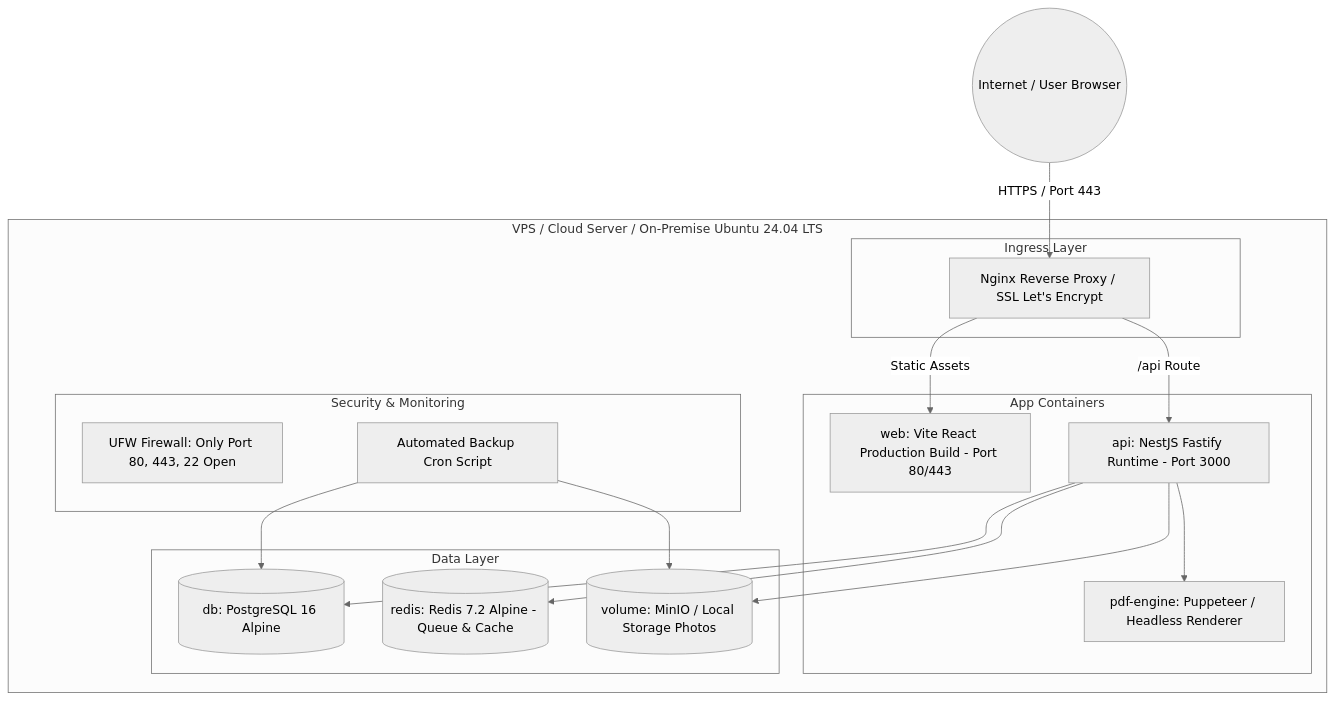
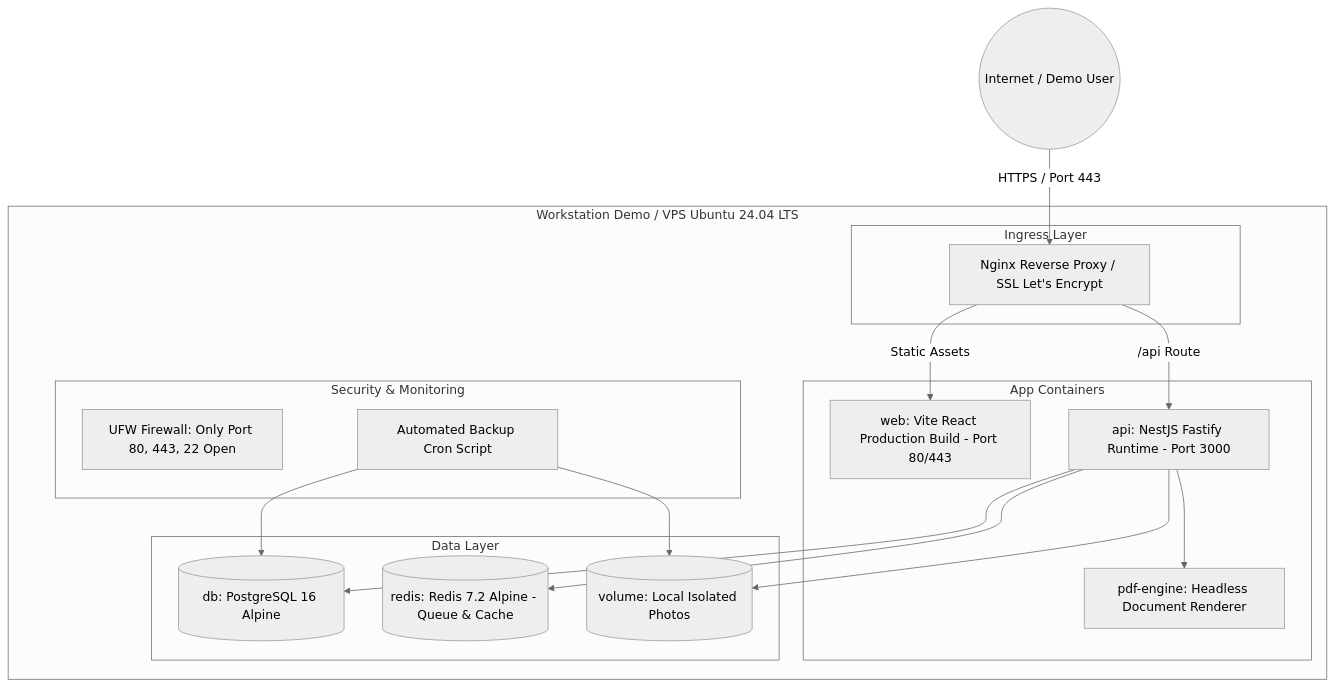
Before and after one commit to kevindcn/tridhata: the third of 3 diagrams in docs/INFRA_ARCHITECTURE.md, drawn with Mermaid (neutral theme). The commit also changed other lines of this file and 1 other file, not shown here.

Commit message:
docs(infra): enhance security framework, safety mechanisms, and demo phase clarification

````diff
--- a/docs/INFRA_ARCHITECTURE.md
+++ b/docs/INFRA_ARCHITECTURE.md
@@ -145,35 +172,35 @@
 ```mermaid
 graph TD
-    subgraph Host Server [VPS / Cloud Server / On-Premise Ubuntu 24.04 LTS]
+    subgraph Host Server [Workstation Demo / VPS Ubuntu 24.04 LTS]
         subgraph Ingress Layer
             Nginx[Nginx Reverse Proxy / SSL Let's Encrypt]
         end
         
         subgraph App Containers
             Frontend[web: Vite React Production Build - Port 80/443]
             Backend[api: NestJS Fastify Runtime - Port 3000]
-            PDFWorker[pdf-engine: Puppeteer / Headless Renderer]
+            PDFWorker[pdf-engine: Headless Document Renderer]
         end
         
         subgraph Data Layer
             Postgres[(db: PostgreSQL 16 Alpine)]
             RedisCache[(redis: Redis 7.2 Alpine - Queue & Cache)]
-            MediaVolume[(volume: MinIO / Local Storage Photos)]
+            MediaVolume[(volume: Local Isolated Photos)]
         end
         
         subgraph Security & Monitoring
             UFW[UFW Firewall: Only Port 80, 443, 22 Open]
             AutoBackup[Automated Backup Cron Script]
         end
     end
 
-    Internet((Internet / User Browser)) -->|HTTPS / Port 443| Nginx
+    Internet((Internet / Demo User)) -->|HTTPS / Port 443| Nginx
     Nginx -->|Static Assets| Frontend
     Nginx -->|/api Route| Backend
     Backend --> Postgres
     Backend --> RedisCache
     Backend --> MediaVolume
     Backend --> PDFWorker
     AutoBackup --> Postgres
     AutoBackup --> MediaVolume
 ```
````
